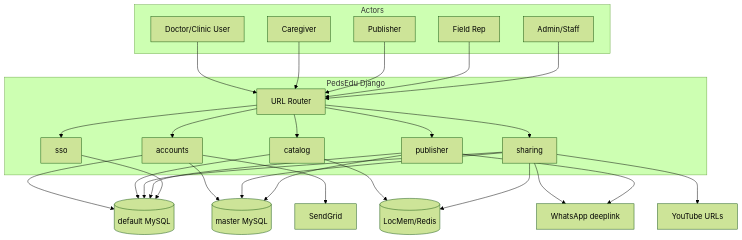
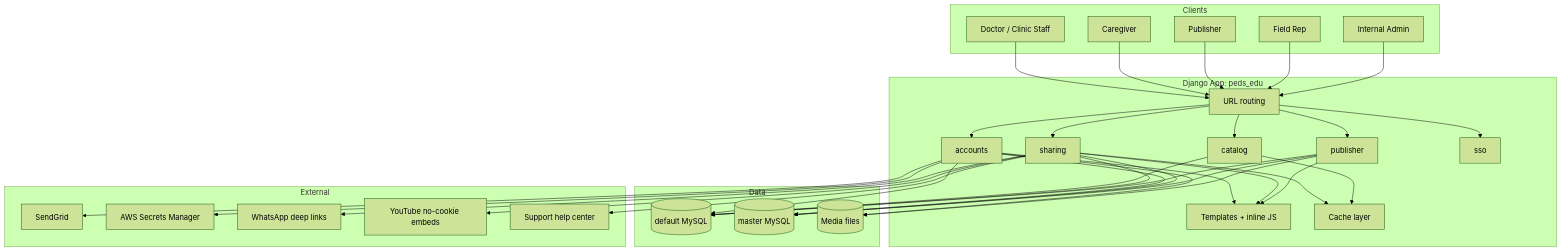
The second of 8 diagrams in README.md (gopalakrishnanplus-creator/peds_edu_app-codex), drawn with Mermaid (forest theme) before and after one commit. The commit also changed other lines of this file, not shown here.

````diff
--- a/README.md
+++ b/README.md
@@ -99,55 +133,69 @@
 ```mermaid
 flowchart TB
-  subgraph Actors
-    U1[Doctor/Clinic User]
-    U2[Caregiver]
-    U3[Publisher]
-    U4[Field Rep]
-    U5[Admin/Staff]
+  subgraph Clients
+    D["Doctor / Clinic Staff"]
+    C["Caregiver"]
+    P["Publisher"]
+    F["Field Rep"]
+    A["Internal Admin"]
   end
 
-  subgraph PedsEdu Django
-    APP[URL Router]
-    A[accounts]
-    C[catalog]
-    SH[sharing]
-    P[publisher]
-    SSO[sso]
+  subgraph Django["Django App: peds_edu"]
+    U["URL routing"]
+    ACC["accounts"]
+    CAT["catalog"]
+    SHR["sharing"]
+    PUB["publisher"]
+    SSO["sso"]
+    TPL["Templates + inline JS"]
+    CACHE["Cache layer"]
   end
 
-  DB1[(default MySQL)]
-  DB2[(master MySQL)]
-  CACHE[(LocMem/Redis)]
-  SG[SendGrid]
-  WA[WhatsApp deeplink]
-  YT[YouTube URLs]
+  subgraph Data
+    DB1[("default MySQL")]
+    DB2[("master MySQL")]
+    MEDIA[("Media files")]
+  end
 
-  U1 --> APP
-  U2 --> APP
-  U3 --> APP
-  U4 --> APP
-  U5 --> APP
+  subgraph External
+    SG["SendGrid"]
+    AWS["AWS Secrets Manager"]
+    WA["WhatsApp deep links"]
+    YT["YouTube no-cookie embeds"]
+    HELP["Support help center"]
+  end
 
-  APP --> A
-  APP --> C
-  APP --> SH
-  APP --> P
-  APP --> SSO
+  D --> U
+  C --> U
+  P --> U
+  F --> U
+  A --> U
 
-  A --> DB1
-  A --> DB2
-  C --> DB1
-  SH --> DB1
-  SH --> DB2
-  P --> DB1
-  P --> DB2
-  SSO --> DB1
+  U --> ACC
+  U --> CAT
+  U --> SHR
+  U --> PUB
+  U --> SSO
+  ACC --> TPL
+  SHR --> TPL
+  PUB --> TPL
 
-  C --> CACHE
-  SH --> CACHE
+  ACC --> DB1
+  ACC --> DB2
+  CAT --> DB1
+  SHR --> DB1
+  SHR --> DB2
+  PUB --> DB1
+  PUB --> DB2
 
-  A --> SG
-  SH --> WA
-  P --> WA
-  SH --> YT
+  SHR --> CACHE
+  CAT --> CACHE
+
+  ACC --> SG
+  ACC --> AWS
+  ACC --> MEDIA
+  PUB --> MEDIA
+  SHR --> WA
+  SHR --> YT
+  SHR --> HELP
 ```
````
